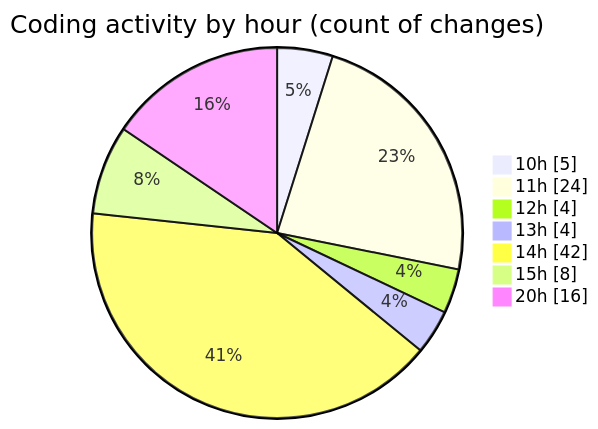
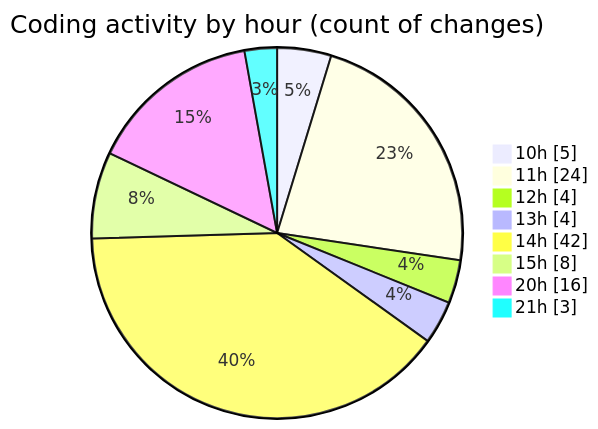
Before and after one commit to momahboobian/code-tracking: the second of 2 diagrams in 2026-09-09/cda/README.md, drawn with Mermaid. The commit also changed other lines of this file and 1 other file, not shown here.

````diff
--- a/2026-09-09/cda/README.md
+++ b/2026-09-09/cda/README.md
@@ -44,11 +45,12 @@
 ```mermaid
 pie showData
 title Coding activity by hour (count of changes)
 "10h" : 5
 "11h" : 24
 "12h" : 4
 "13h" : 4
 "14h" : 42
 "15h" : 8
 "20h" : 16
+"21h" : 3
 ```
````
